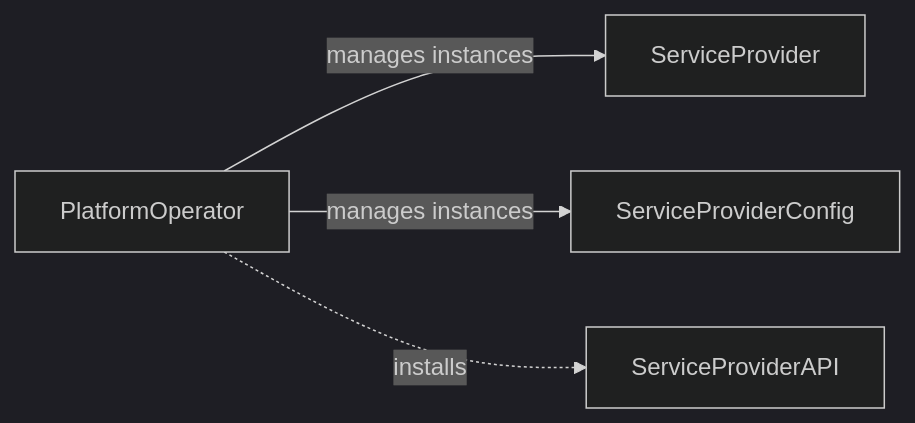
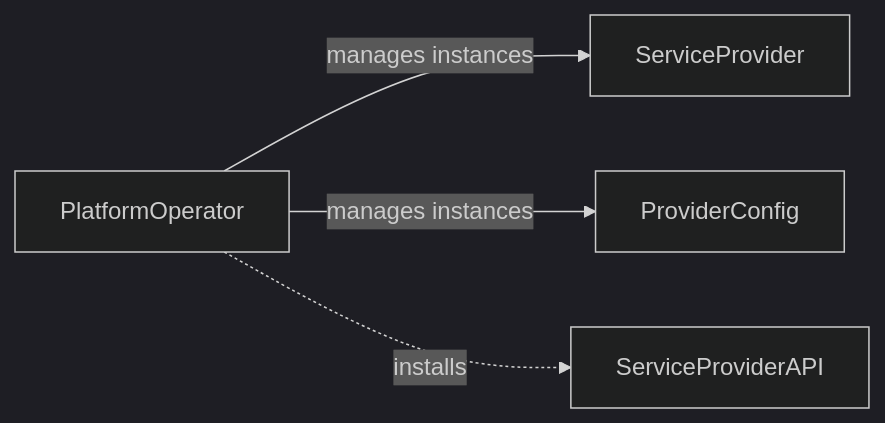
The third of 7 diagrams in docs/developers/serviceprovider/design.md (openmcp-project/docs), drawn with Mermaid (dark theme) before and after one commit. The commit also changed other lines of this file and 1 other file, not shown here.

Commit message:
draft(design): document current state of ProviderConfig concept

````diff
--- a/docs/developers/serviceprovider/design.md
+++ b/docs/developers/serviceprovider/design.md
@@ -79,11 +119,11 @@
 ```mermaid
 graph LR
     %% PlatformOperator
     OP[PlatformOperator]
     SP[ServiceProvider]
     SPA[ServiceProviderAPI]
-    SPC[ServiceProviderConfig]
+    SPC[ProviderConfig]
     OP -->|manages instances|SP
     OP -->|manages instances|SPC
     OP -. installs .-> SPA
 ```
````
